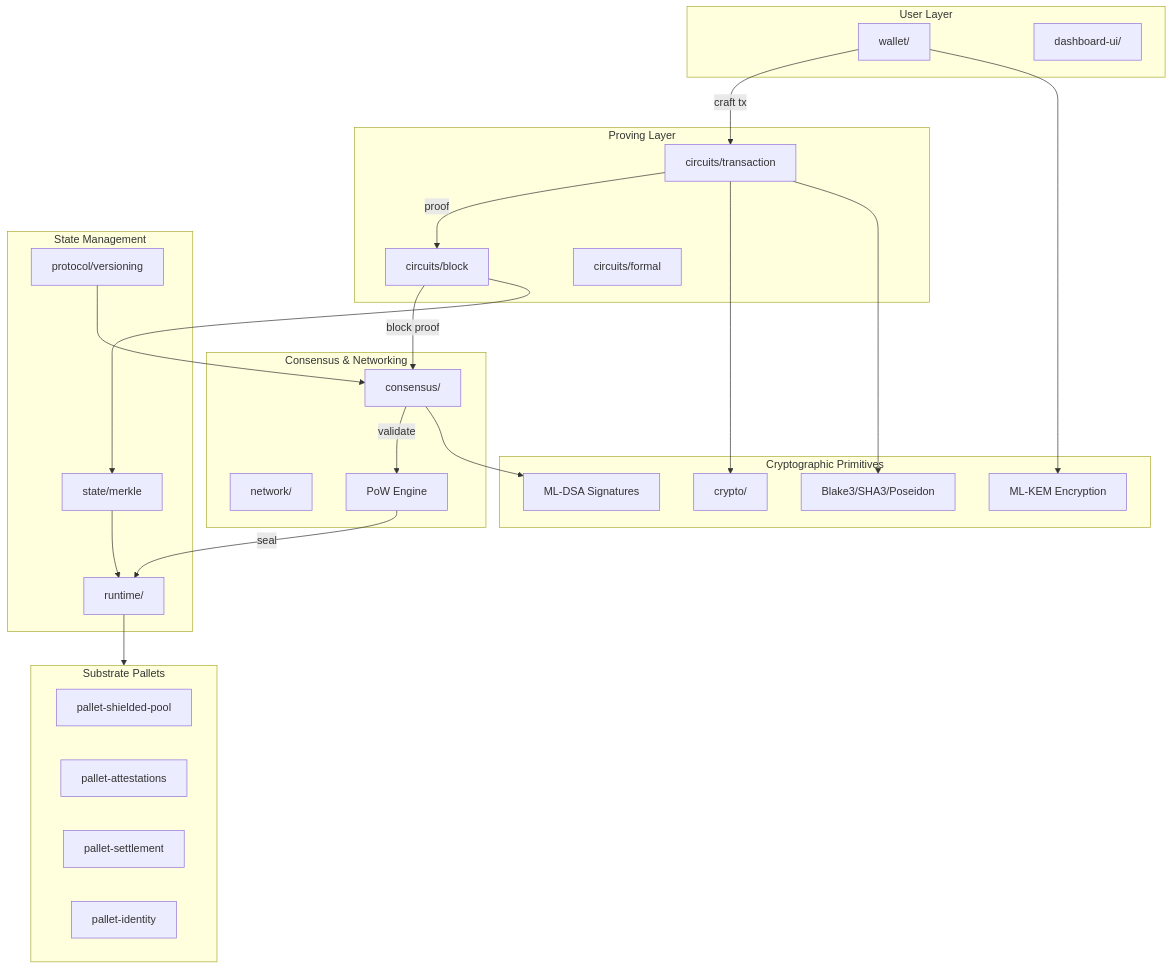
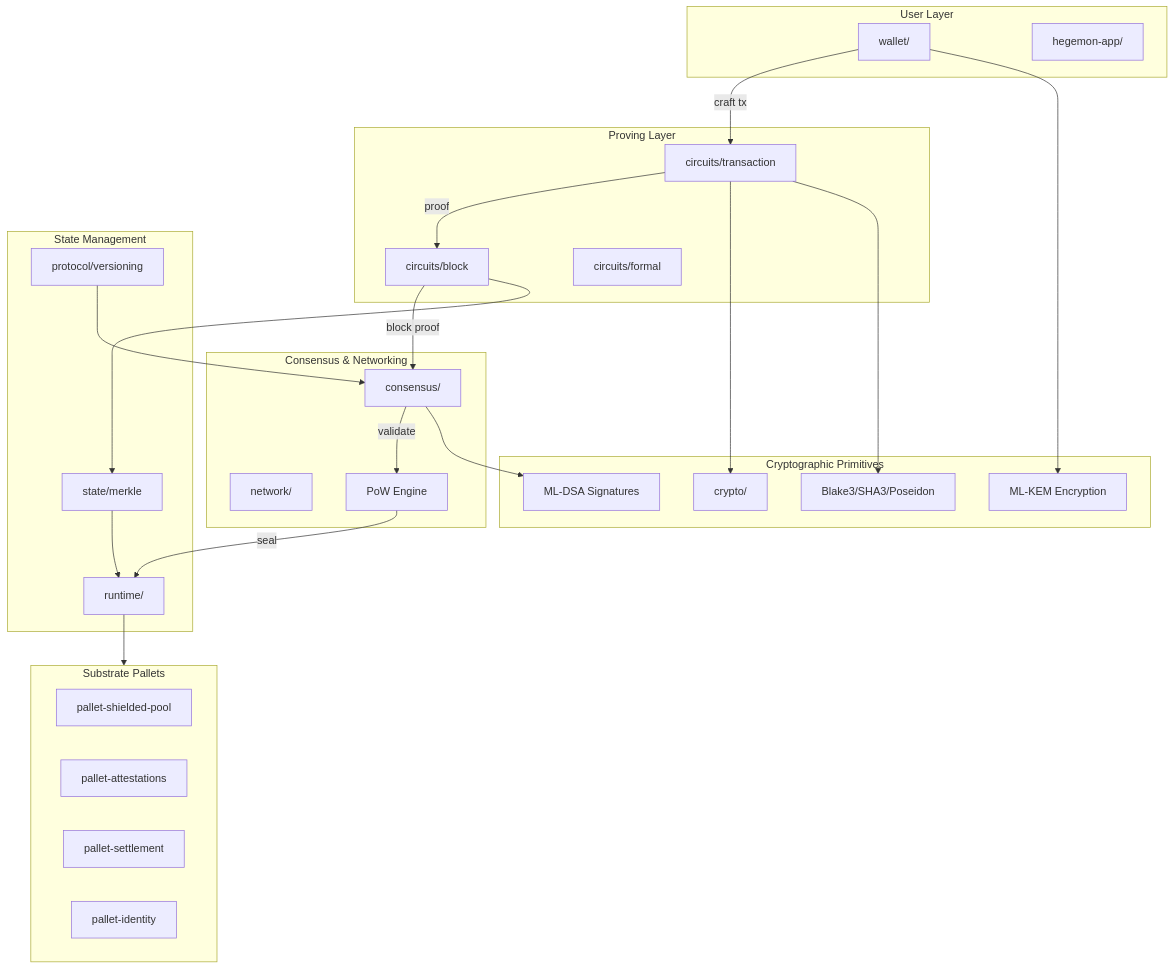
One commit to Pauli-Group/Hegemon changed the first of 6 diagrams in docs/assets/diagrams.md. Above: the diagram before and after it, drawn with Mermaid. The commit also changed 37 other files, not shown here.

Commit message:
refactor: remove dashboard UI components and related files for a cleaner architecture

````diff
--- a/docs/assets/diagrams.md
+++ b/docs/assets/diagrams.md
@@ -9,53 +9,53 @@
 ```mermaid
 flowchart TB
     subgraph User["User Layer"]
         W[wallet/]
-        UI[dashboard-ui/]
+        UI[hegemon-app/]
     end
 
     subgraph Proving["Proving Layer"]
         CT[circuits/transaction]
         CB[circuits/block]
         CF[circuits/formal]
     end
 
     subgraph Crypto["Cryptographic Primitives"]
         CR[crypto/]
         ML_DSA["ML-DSA Signatures"]
         ML_KEM["ML-KEM Encryption"]
         HASH["Blake3/SHA3/Poseidon"]
     end
 
     subgraph Consensus["Consensus & Networking"]
         CON[consensus/]
         NET[network/]
         POW["PoW Engine"]
     end
 
     subgraph State["State Management"]
         SM[state/merkle]
         PV[protocol/versioning]
         RT[runtime/]
     end
 
     subgraph Pallets["Substrate Pallets"]
         SP[pallet-shielded-pool]
         PA[pallet-attestations]
         PS[pallet-settlement]
         PI[pallet-identity]
     end
 
     W -->|craft tx| CT
     CT -->|proof| CB
     CB -->|block proof| CON
     CON -->|validate| POW
     POW -->|seal| RT
     RT --> Pallets
     CT --> CR
     CB --> SM
     SM --> RT
     PV --> CON
     W --> ML_KEM
     CON --> ML_DSA
     CT --> HASH
 ```
````
